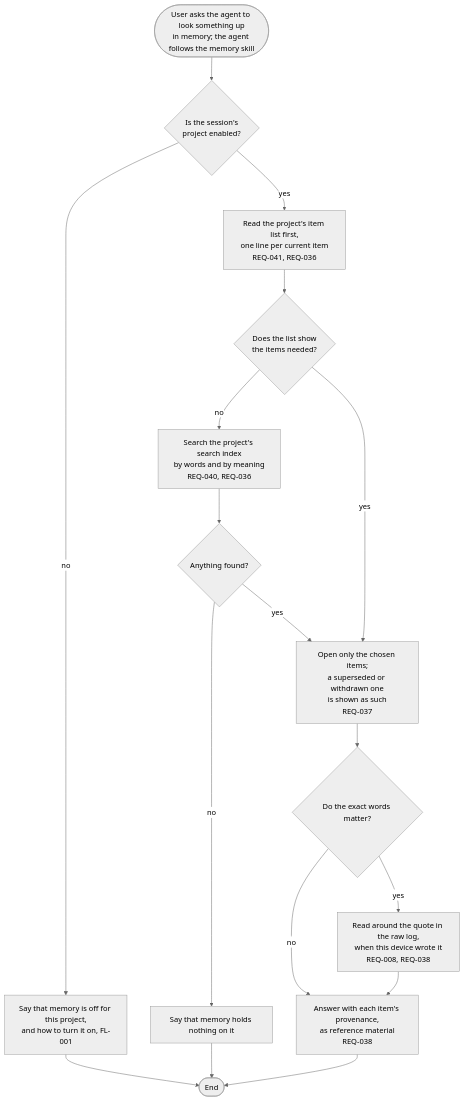
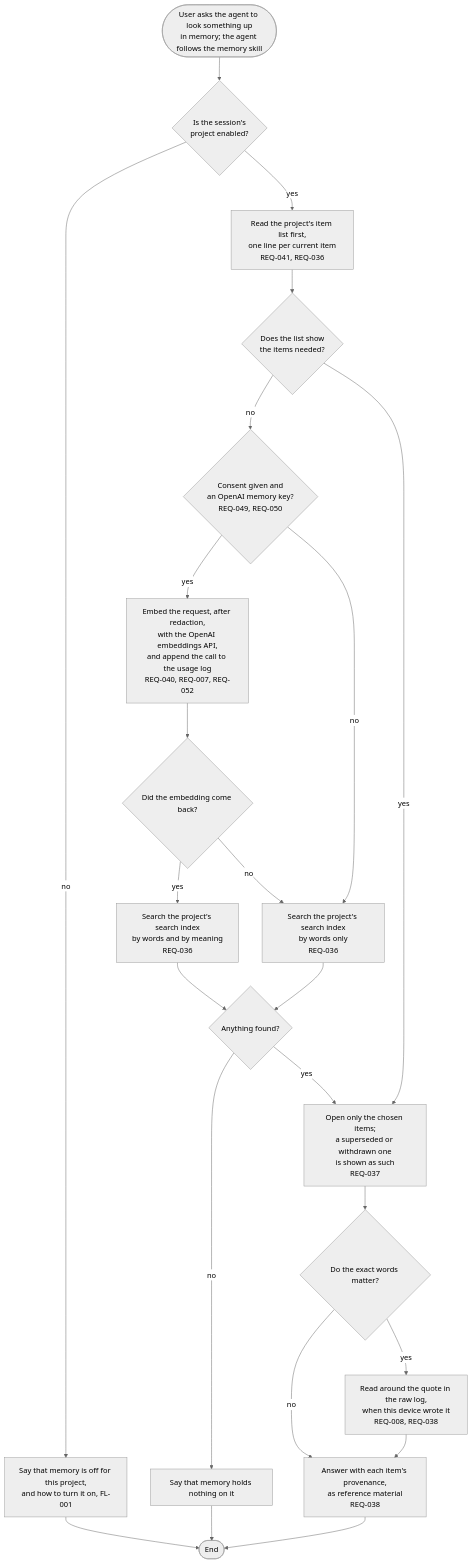
The diagram in docs/03-user-flow/memory/FL-007-search-memory.md (kodonghui/corthex), drawn with Mermaid (neutral theme) before and after one commit. The commit also changed other lines of this file and 11 other files, not shown here.

First line of the commit message:
docs: log embedding calls and keep checked quotes in the memory flows

````diff
--- a/docs/03-user-flow/memory/FL-007-search-memory.md
+++ b/docs/03-user-flow/memory/FL-007-search-memory.md
@@ -9,19 +9,25 @@
 ```mermaid
 flowchart TD
   A(["User asks the agent to look something up<br/>in memory; the agent follows the memory skill"]) --> B{"Is the session's<br/>project enabled?"}
   B -->|no| B1["Say that memory is off for this project,<br/>and how to turn it on, FL-001"]
   B1 --> Z(["End"])
   B -->|yes| C["Read the project's item list first,<br/>one line per current item<br/>REQ-041, REQ-036"]
   C --> D{"Does the list show<br/>the items needed?"}
-  D -->|no| E["Search the project's search index<br/>by words and by meaning<br/>REQ-040, REQ-036"]
-  E --> F{"Anything found?"}
+  D -->|no| E{"Consent given and<br/>an OpenAI memory key?<br/>REQ-049, REQ-050"}
+  E -->|yes| E1["Embed the request, after redaction,<br/>with the OpenAI embeddings API,<br/>and append the call to the usage log<br/>REQ-040, REQ-007, REQ-052"]
+  E1 --> E2{"Did the embedding come back?"}
+  E2 -->|yes| E3["Search the project's search index<br/>by words and by meaning<br/>REQ-036"]
+  E2 -->|no| E4["Search the project's search index<br/>by words only<br/>REQ-036"]
+  E -->|no| E4
+  E3 --> F{"Anything found?"}
+  E4 --> F
   F -->|no| F1["Say that memory holds nothing on it"]
   F1 --> Z
   F -->|yes| G["Open only the chosen items;<br/>a superseded or withdrawn one<br/>is shown as such<br/>REQ-037"]
   D -->|yes| G
   G --> H{"Do the exact words matter?"}
   H -->|yes| H1["Read around the quote in the raw log,<br/>when this device wrote it<br/>REQ-008, REQ-038"]
   H -->|no| I["Answer with each item's provenance,<br/>as reference material<br/>REQ-038"]
   H1 --> I
   I --> Z
 ```
````
